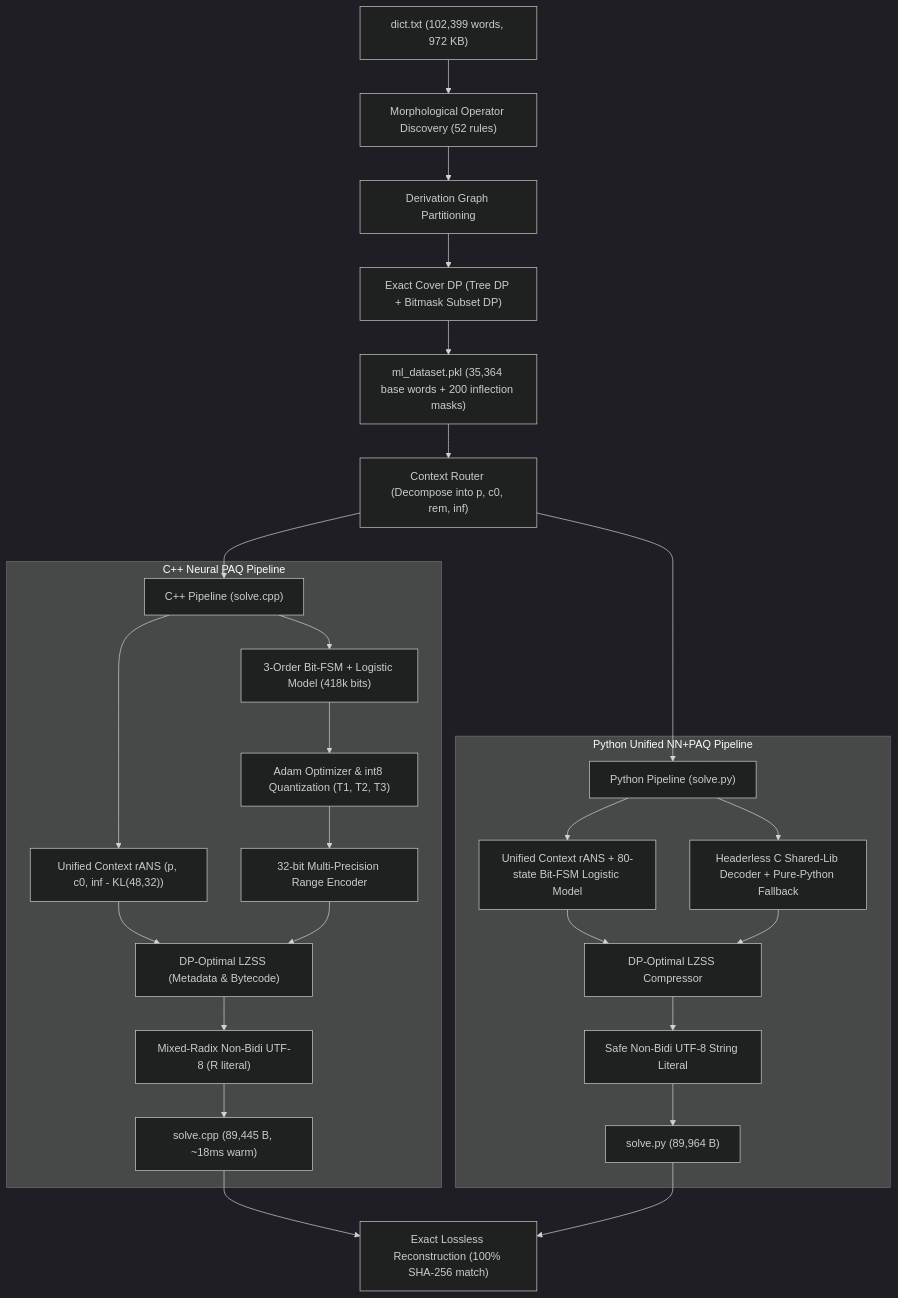
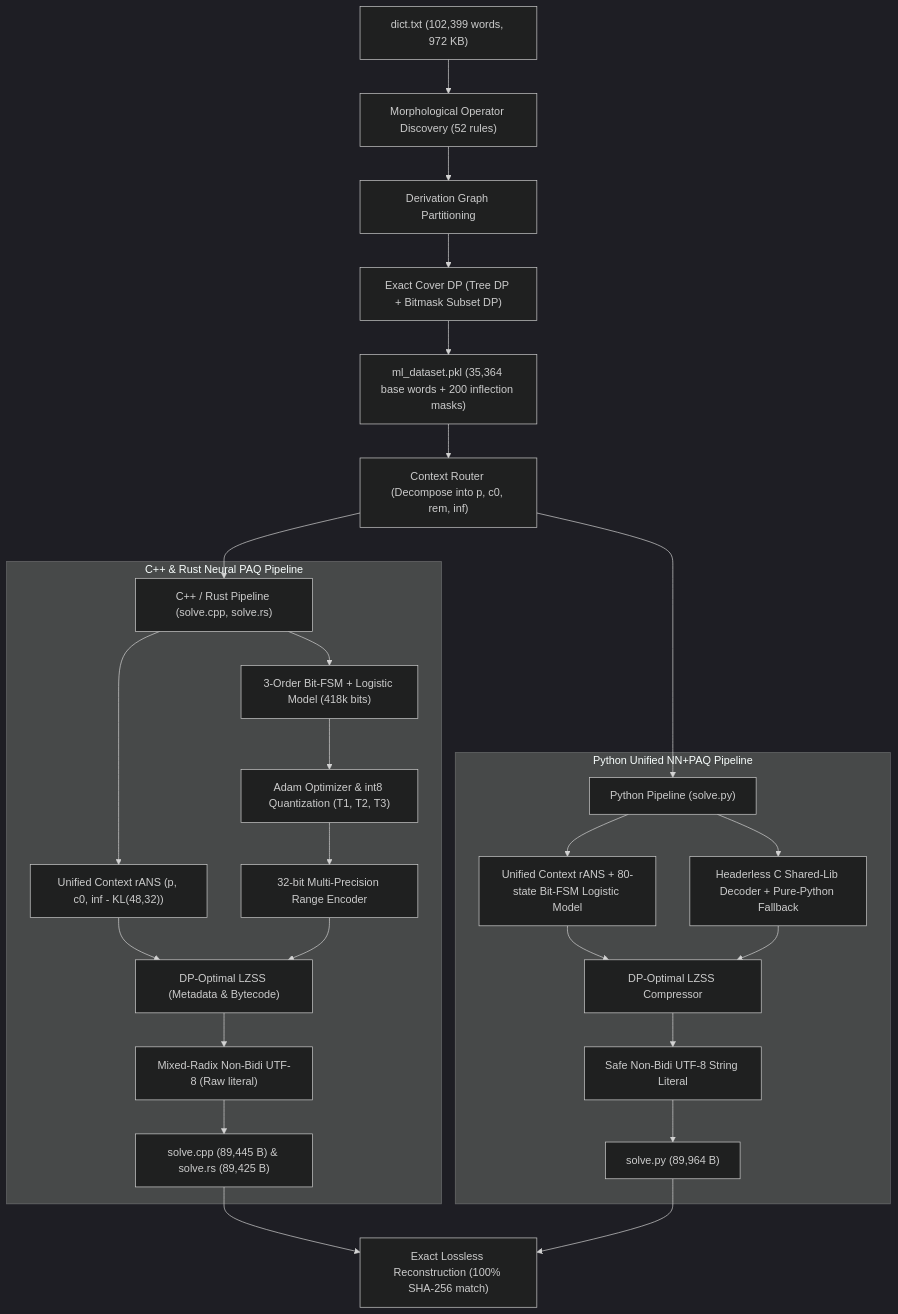
The first of 3 diagrams in README.md (roblar658/workingButSlowMLDictionaryTrainingCompression), drawn with Mermaid (dark theme) before and after one commit. The commit also changed other lines of this file and 8 other files, not shown here.

Commit message:
Add standalone Rust solver (solve.rs, <88 KiB), extract shared codegen layout and UTF-8 encoder helpers, add unit tests, and update README

````diff
--- a/README.md
+++ b/README.md
@@ -28,33 +28,33 @@
 ```mermaid
 flowchart TD
     DICT["dict.txt (102,399 words, 972 KB)"] --> DISCOV["Morphological Operator Discovery (52 rules)"]
     DISCOV --> GRAPH["Derivation Graph Partitioning"]
     GRAPH --> COVER_DP["Exact Cover DP (Tree DP + Bitmask Subset DP)"]
     COVER_DP --> DATASET["ml_dataset.pkl (35,364 base words + 200 inflection masks)"]
 
     DATASET --> ROUTER["Context Router (Decompose into p, c0, rem, inf)"]
 
-    ROUTER --> TARGET_CPP["C++ Pipeline (solve.cpp)"]
+    ROUTER --> TARGET_CPP["C++ / Rust Pipeline (solve.cpp, solve.rs)"]
     ROUTER --> TARGET_PY["Python Pipeline (solve.py)"]
 
-    subgraph "C++ Neural PAQ Pipeline"
+    subgraph "C++ & Rust Neural PAQ Pipeline"
         TARGET_CPP --> RANS_CPP["Unified Context rANS (p, c0, inf - KL(48,32))"]
         TARGET_CPP --> PAQ_CPP["3-Order Bit-FSM + Logistic Model (418k bits)"]
         PAQ_CPP --> ADAM_CPP["Adam Optimizer & int8 Quantization (T1, T2, T3)"]
         ADAM_CPP --> RANGE_CPP["32-bit Multi-Precision Range Encoder"]
         RANS_CPP & RANGE_CPP --> LZSS_CPP["DP-Optimal LZSS (Metadata & Bytecode)"]
-        LZSS_CPP --> UTF8_CPP["Mixed-Radix Non-Bidi UTF-8 (R literal)"]
-        UTF8_CPP --> SOLVE_CPP["solve.cpp (89,445 B, ~18ms warm)"]
+        LZSS_CPP --> UTF8_CPP["Mixed-Radix Non-Bidi UTF-8 (Raw literal)"]
+        UTF8_CPP --> SOLVE_CPP["solve.cpp (89,445 B) & solve.rs (89,425 B)"]
     end
 
     subgraph "Python Unified NN+PAQ Pipeline"
         TARGET_PY --> RANS_PY["Unified Context rANS + 80-state Bit-FSM Logistic Model"]
         TARGET_PY --> BRIDGE_PY["Headerless C Shared-Lib Decoder + Pure-Python Fallback"]
         RANS_PY & BRIDGE_PY --> LZSS_PY["DP-Optimal LZSS Compressor"]
         LZSS_PY --> UTF8_PY["Safe Non-Bidi UTF-8 String Literal"]
         UTF8_PY --> SOLVE_PY["solve.py (89,964 B)"]
     end
 
     SOLVE_CPP --> LOSSLESS["Exact Lossless Reconstruction (100% SHA-256 match)"]
     SOLVE_PY --> LOSSLESS
 ```
````
